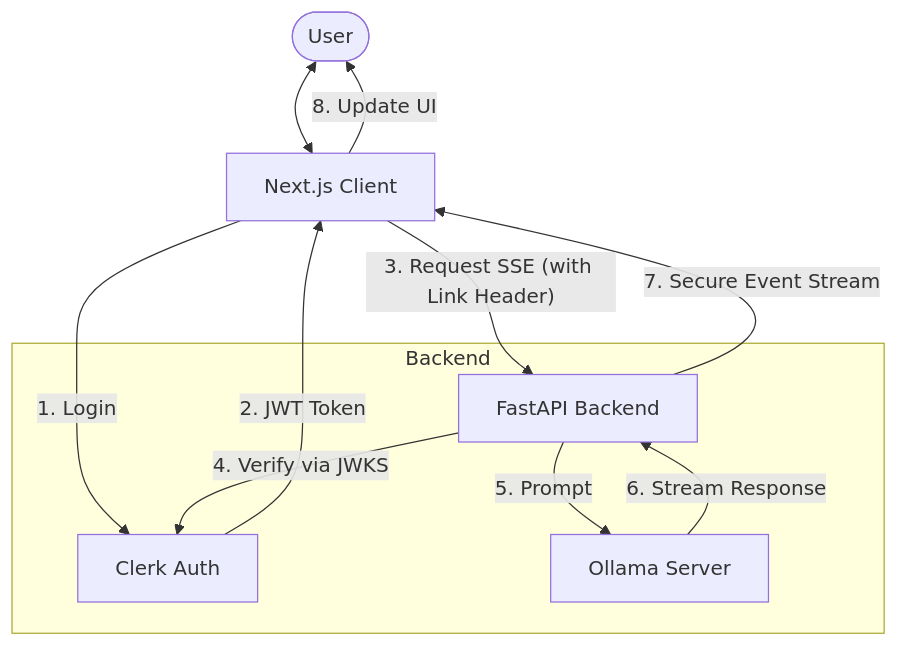
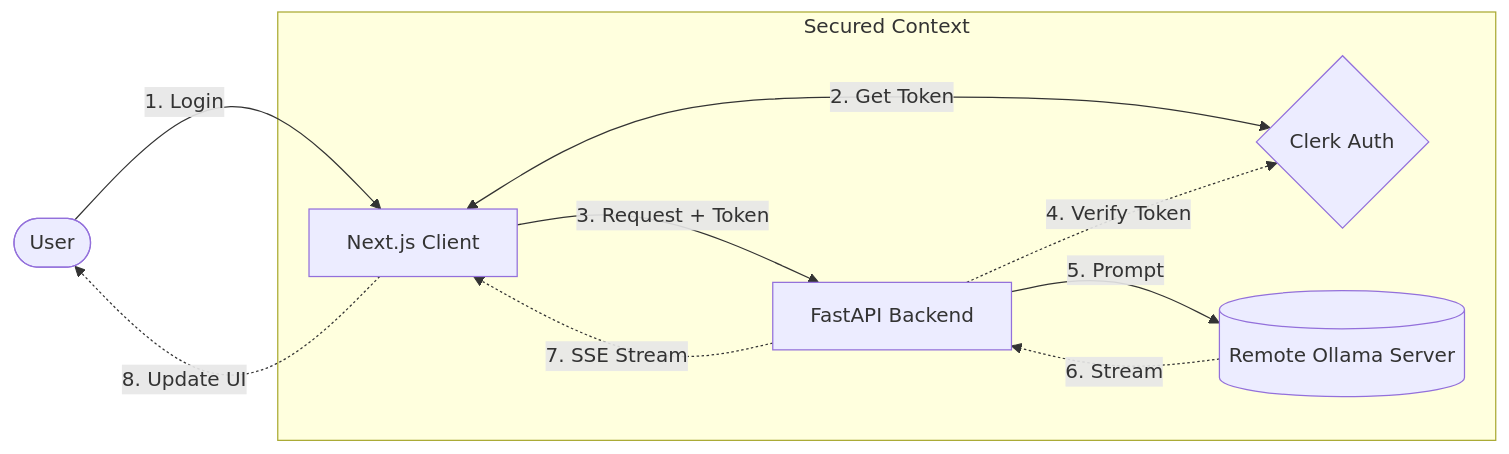
Before and after one commit to baloglu321/mlops-journey: the diagram in week-1/day-3/saas/README.md, drawn with Mermaid. The commit also changed 3 other files, not shown here.

````diff
--- a/week-1/day-3/saas/README.md
+++ b/week-1/day-3/saas/README.md
@@ -14,16 +14,24 @@
 ```mermaid
-graph TD
-    User([User]) <--> Client[Next.js Client]
-    Client -- "1. Login" --> Clerk[Clerk Auth]
-    Clerk -- "2. JWT Token" --> Client
-    Client -- "3. Request SSE (with Link Header)" --> API[FastAPI Backend]
+flowchart LR
+    %% Nodes
+    User([User])
+    Client[Next.js Client]
+    API[FastAPI Backend]
+    Clerk{Clerk Auth}
+    Ollama[("Remote Ollama Server")]
+
+    %% Interactions
+    User -->|1. Login| Client
+    Client <-->|2. Get Token| Clerk
     
-    subgraph Backend
-        API -- "4. Verify via JWKS" --> Clerk
-        API -- "5. Prompt" --> Ollama[Ollama Server]
-        Ollama -- "6. Stream Response" --> API
+    subgraph "Secured Context"
+        Client -->|3. Request + Token| API
+        API -.->|4. Verify Token| Clerk
+        
+        API -->|5. Prompt| Ollama
+        Ollama -.->|6. Stream| API
     end
-    
-    API -- "7. Secure Event Stream" --> Client
-    Client -- "8. Update UI" --> User
+
+    API -.->|7. SSE Stream| Client
+    Client -.->|8. Update UI| User
 ```
````
